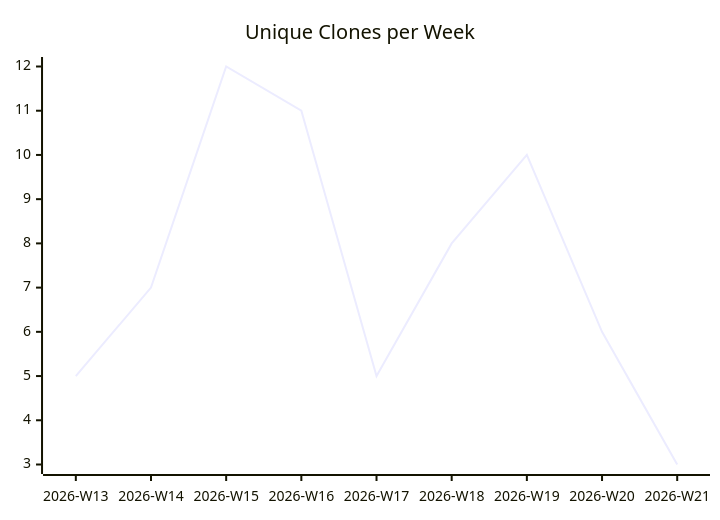
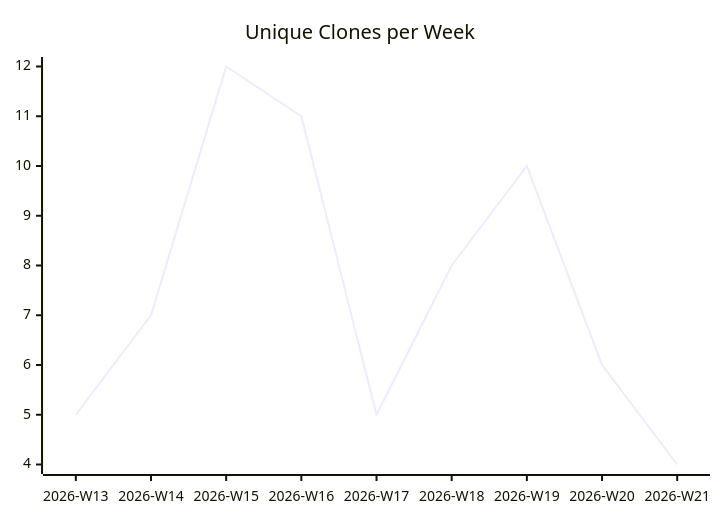
One commit to justdavis-family/github-analytics-data changed the third of 3 diagrams in karlmdavis/fhir-benchmarks/README.md. Above: the diagram before and after it, drawn with Mermaid. The commit also changed other lines of this file and 189 other files, not shown here.

````diff
--- a/karlmdavis/fhir-benchmarks/README.md
+++ b/karlmdavis/fhir-benchmarks/README.md
@@ -19,6 +19,6 @@
 ```mermaid
 xychart-beta
   title "Unique Clones per Week"
   x-axis ["2026-W13", "2026-W14", "2026-W15", "2026-W16", "2026-W17", "2026-W18", "2026-W19", "2026-W20", "2026-W21"]
-  line [5, 7, 12, 11, 5, 8, 10, 6, 3]
+  line [5, 7, 12, 11, 5, 8, 10, 6, 4]
 ```
````
